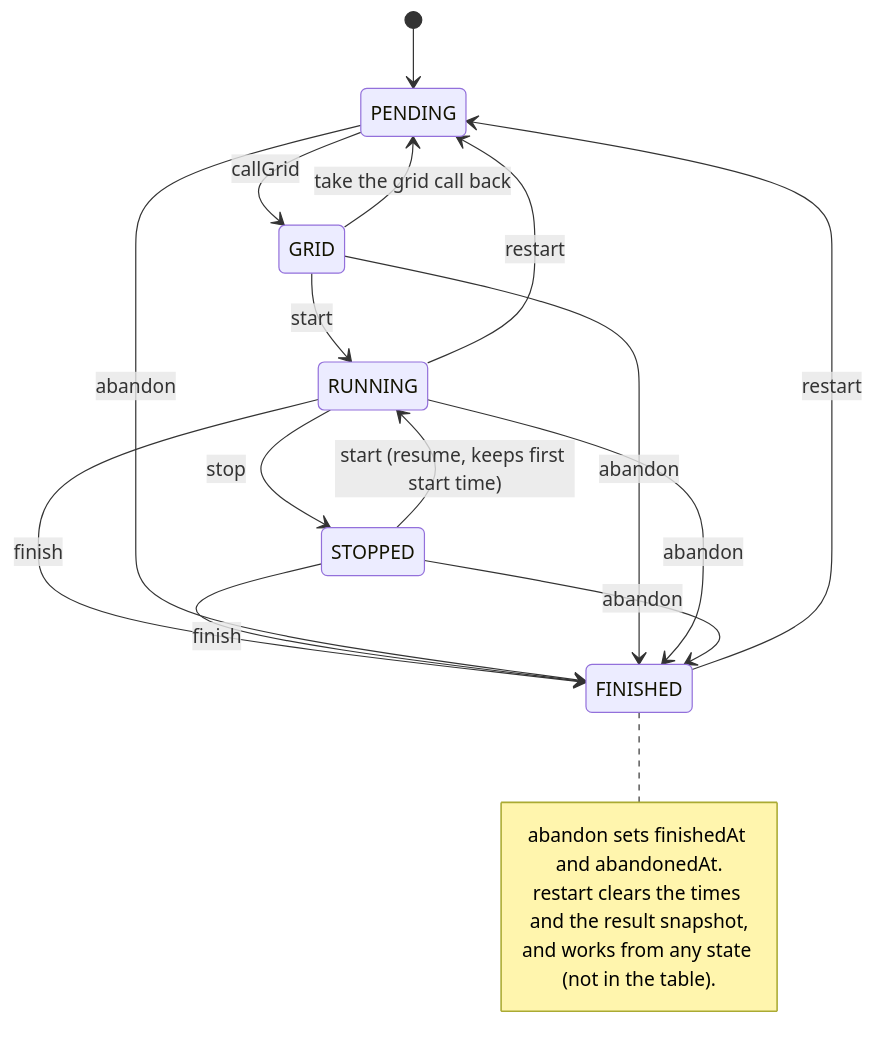
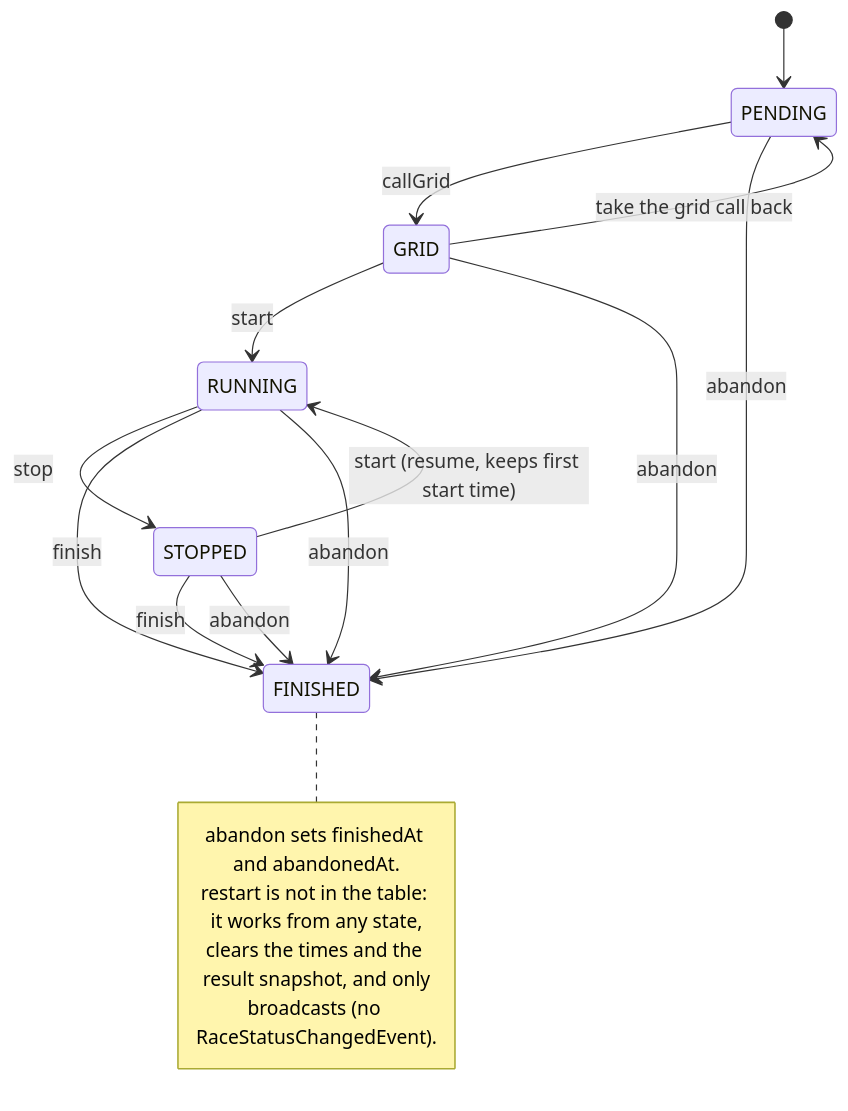
Before and after one commit to RCRaceHub/RCTimingControl: the first of 3 diagrams in docs/developer/race-lifecycle.md, drawn with Mermaid. The commit also changed other lines of this file and 4 other files, not shown here.

First line of the commit message:
Fix diagram inaccuracies found in review (#347)

````diff
--- a/docs/developer/race-lifecycle.md
+++ b/docs/developer/race-lifecycle.md
@@ -5,22 +5,21 @@
 ```mermaid
 stateDiagram-v2
     [*] --> PENDING
     PENDING --> GRID: callGrid
     GRID --> PENDING: take the grid call back
     GRID --> RUNNING: start
     RUNNING --> STOPPED: stop
     STOPPED --> RUNNING: start (resume, keeps first start time)
     RUNNING --> FINISHED: finish
     STOPPED --> FINISHED: finish
     PENDING --> FINISHED: abandon
     GRID --> FINISHED: abandon
     RUNNING --> FINISHED: abandon
     STOPPED --> FINISHED: abandon
-    FINISHED --> PENDING: restart
-    RUNNING --> PENDING: restart
     note right of FINISHED
         abandon sets finishedAt and abandonedAt.
-        restart clears the times and the result snapshot,
-        and works from any state (not in the table).
+        restart is not in the table: it works from any state,
+        clears the times and the result snapshot, and only
+        broadcasts (no RaceStatusChangedEvent).
     end note
 ```
````
